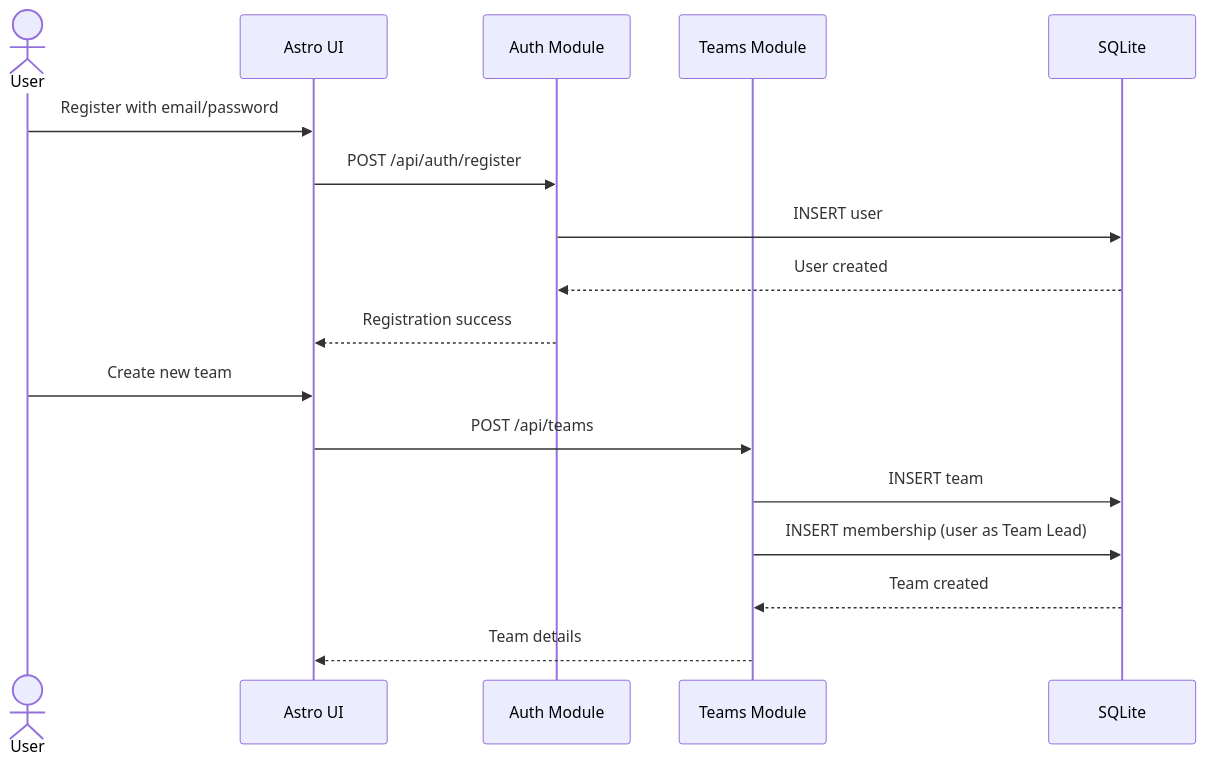
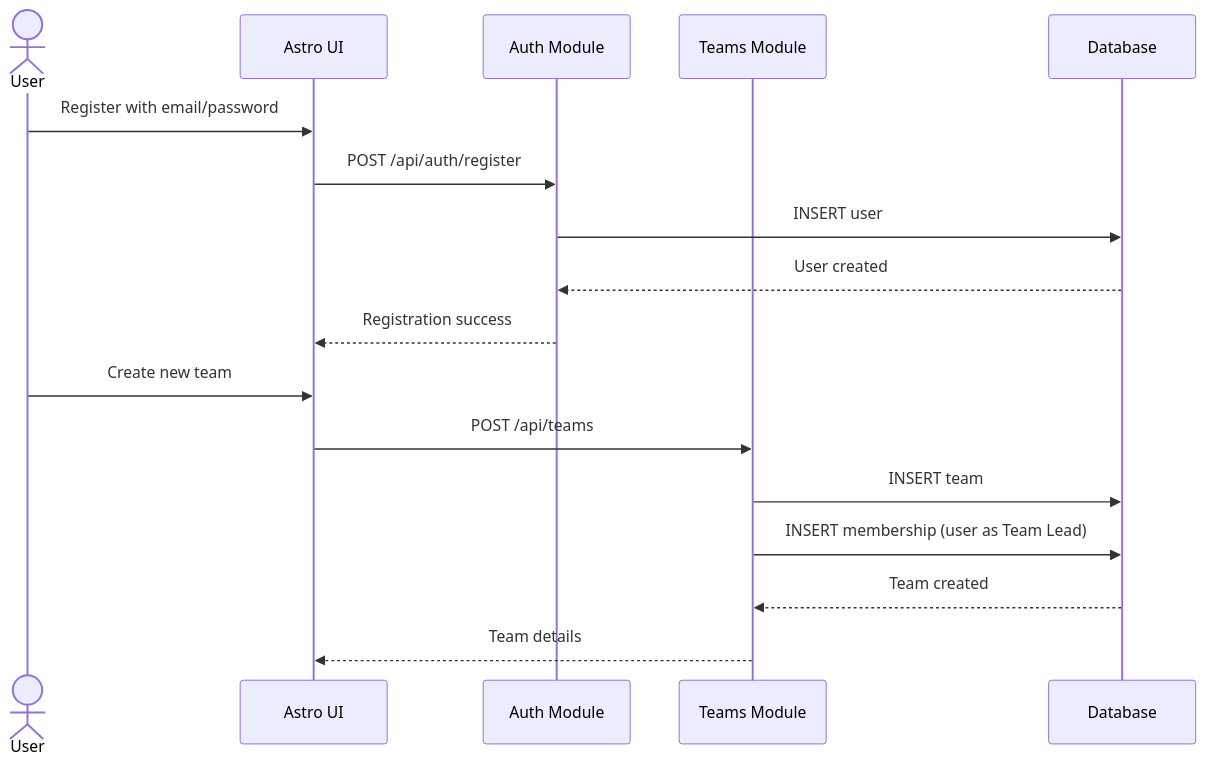
One commit to JensWinter/mse-radar changed the sixth of 14 diagrams in docs/architecture_vision.md. Above: the diagram before and after it, drawn with Mermaid. The commit also changed other lines of this file and 5 other files, not shown here.

Commit message:
docs: update database references from SQLite to PostgreSQL

````diff
--- a/docs/architecture_vision.md
+++ b/docs/architecture_vision.md
@@ -335,21 +335,21 @@
 ```mermaid
 sequenceDiagram
     actor User
     participant UI as Astro UI
     participant Auth as Auth Module
     participant Teams as Teams Module
-    participant DB as SQLite
+    participant DB as Database
     
     User->>UI: Register with email/password
     UI->>Auth: POST /api/auth/register
     Auth->>DB: INSERT user
     DB-->>Auth: User created
     Auth-->>UI: Registration success
     
     User->>UI: Create new team
     UI->>Teams: POST /api/teams
     Teams->>DB: INSERT team
     Teams->>DB: INSERT membership (user as Team Lead)
     DB-->>Teams: Team created
     Teams-->>UI: Team details
 ```
````
